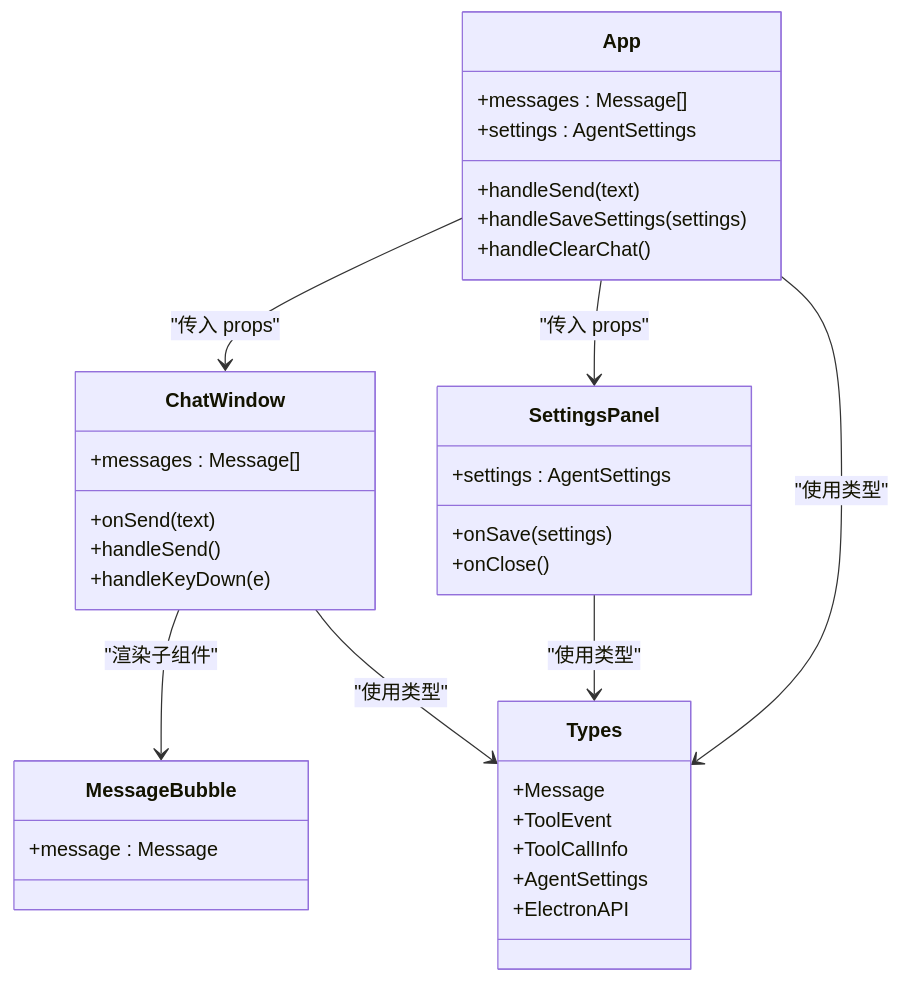
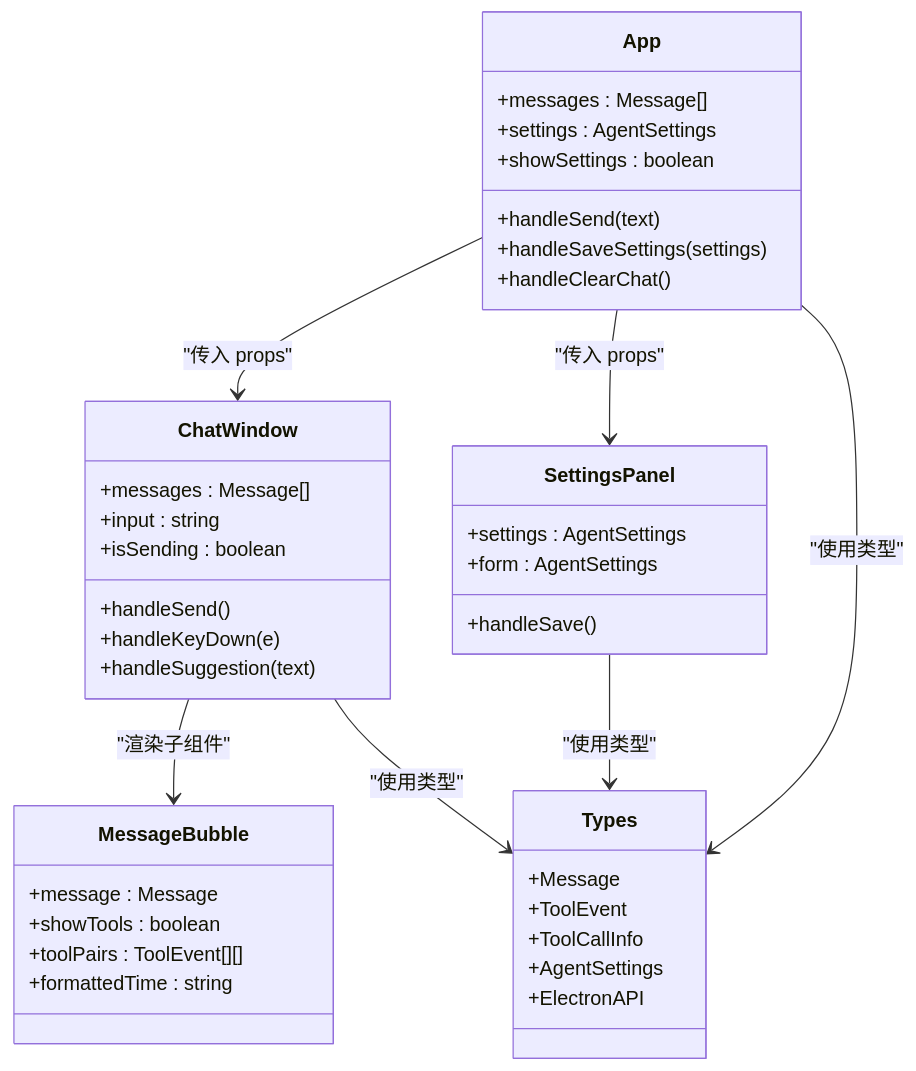
One commit to hallllla/QAQ-Agent changed the sixth of 6 diagrams in .qoder/repowiki/zh/content/核心组件/核心组件.md. Above: the diagram before and after it, drawn with Mermaid. The commit also changed other lines of this file and 23 other files, not shown here.

````diff
--- a/.qoder/repowiki/zh/content/核心组件/核心组件.md
+++ b/.qoder/repowiki/zh/content/核心组件/核心组件.md
@@ -237,37 +251,43 @@
 ```mermaid
 classDiagram
 class App {
 +messages : Message[]
 +settings : AgentSettings
++showSettings : boolean
 +handleSend(text)
 +handleSaveSettings(settings)
 +handleClearChat()
 }
 class ChatWindow {
 +messages : Message[]
-+onSend(text)
++input : string
++isSending : boolean
 +handleSend()
 +handleKeyDown(e)
++handleSuggestion(text)
 }
 class MessageBubble {
 +message : Message
++showTools : boolean
++toolPairs : ToolEvent[][]
++formattedTime : string
 }
 class SettingsPanel {
 +settings : AgentSettings
-+onSave(settings)
-+onClose()
++form : AgentSettings
++handleSave()
 }
 class Types {
 +Message
 +ToolEvent
 +ToolCallInfo
 +AgentSettings
 +ElectronAPI
 }
 App --> ChatWindow : "传入 props"
 App --> SettingsPanel : "传入 props"
 ChatWindow --> MessageBubble : "渲染子组件"
 App --> Types : "使用类型"
 ChatWindow --> Types : "使用类型"
 SettingsPanel --> Types : "使用类型"
 ```
````
